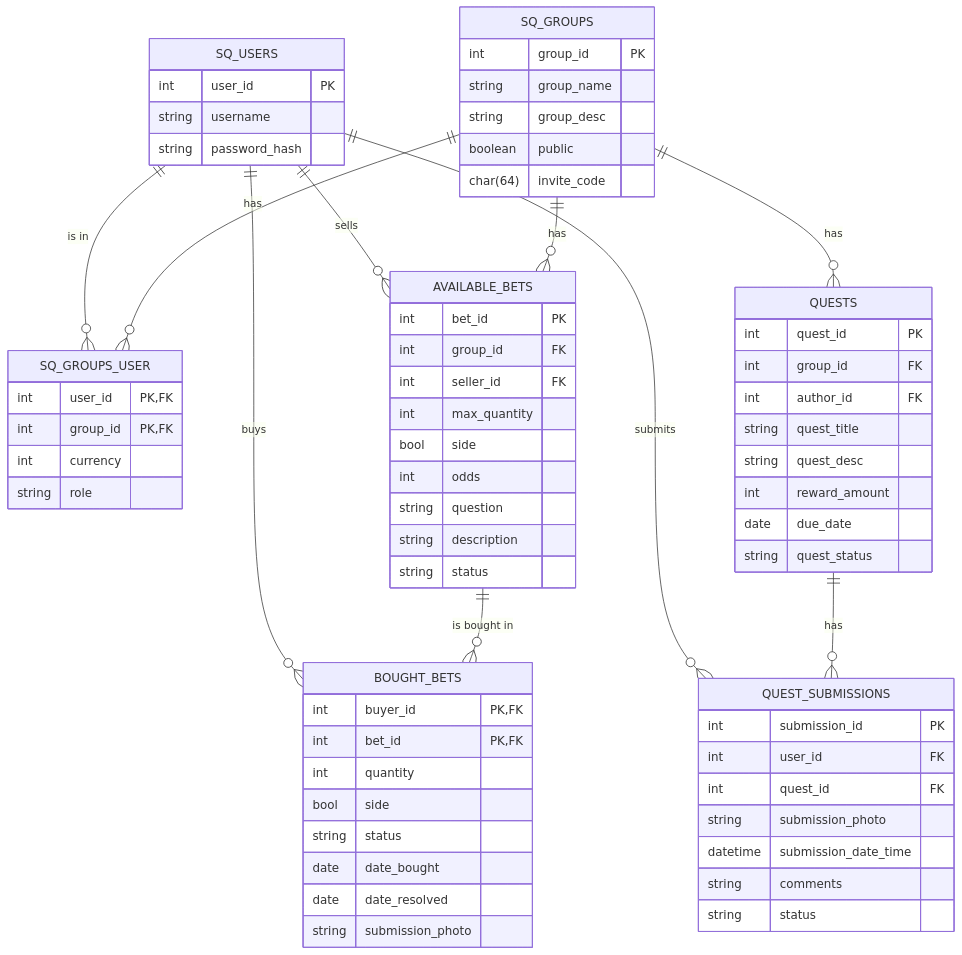
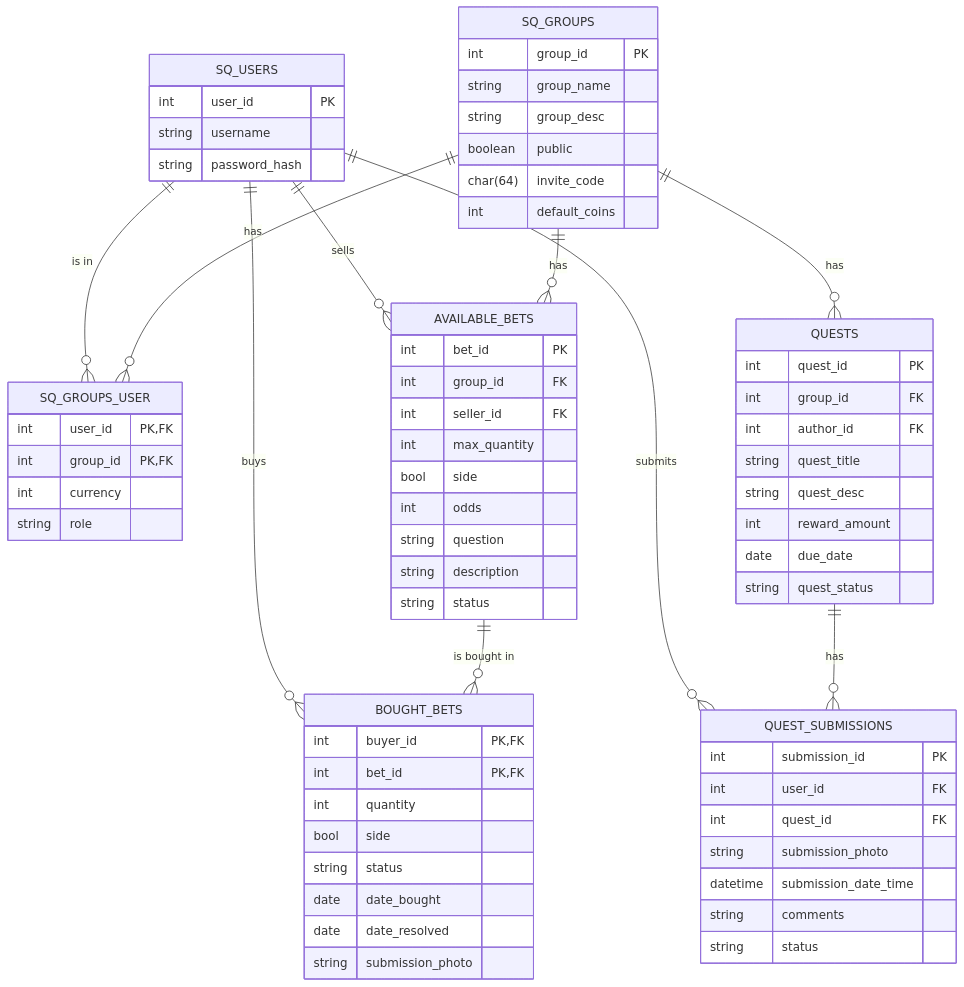
Before and after one commit to jdolak/sidequest: the diagram in docs/erd.md, drawn with Mermaid.

````diff
--- a/docs/erd.md
+++ b/docs/erd.md
@@ -1,78 +1,79 @@
 ```mermaid
 erDiagram
     SQ_USERS {
         int user_id PK
         string username
         string password_hash
     }
 
     SQ_GROUPS {
         int group_id PK
         string group_name
         string group_desc
         boolean public
         char(64) invite_code
+        int default_coins
     }
 
     SQ_GROUPS_USER {
         int user_id PK,FK
         int group_id PK,FK
         int currency
         string role
     }
 
     AVAILABLE_BETS {
         int bet_id PK
         int group_id FK
         int seller_id FK
         int max_quantity
         bool side
         int odds
         string question
         string description
         string status
     }
 
     BOUGHT_BETS {
         int buyer_id PK,FK
         int bet_id PK,FK
         int quantity
         bool side
         string status
         date date_bought
         date date_resolved
         string submission_photo
     }
 
     QUESTS {
         int quest_id PK
         int group_id FK
         int author_id FK
         string quest_title
         string quest_desc
         int reward_amount
         date due_date
         string quest_status
     }
 
     QUEST_SUBMISSIONS {
         int submission_id PK
         int user_id FK
         int quest_id FK
         string submission_photo
         datetime submission_date_time
         string comments
         string status
     }
 
     SQ_USERS ||--o{ SQ_GROUPS_USER : "is in"
     SQ_GROUPS ||--o{ SQ_GROUPS_USER : "has"
     SQ_USERS ||--o{ AVAILABLE_BETS : "sells"
     SQ_GROUPS ||--o{ AVAILABLE_BETS : "has"
     SQ_USERS ||--o{ BOUGHT_BETS : "buys"
     AVAILABLE_BETS ||--o{ BOUGHT_BETS : "is bought in"
     SQ_GROUPS ||--o{ QUESTS : "has"
     SQ_USERS ||--o{ QUEST_SUBMISSIONS : "submits"
     QUESTS ||--o{ QUEST_SUBMISSIONS : "has"
 
 ```
````
